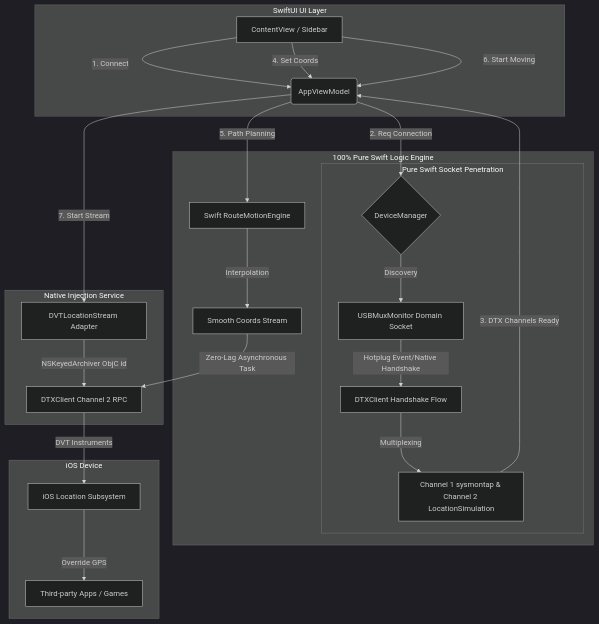
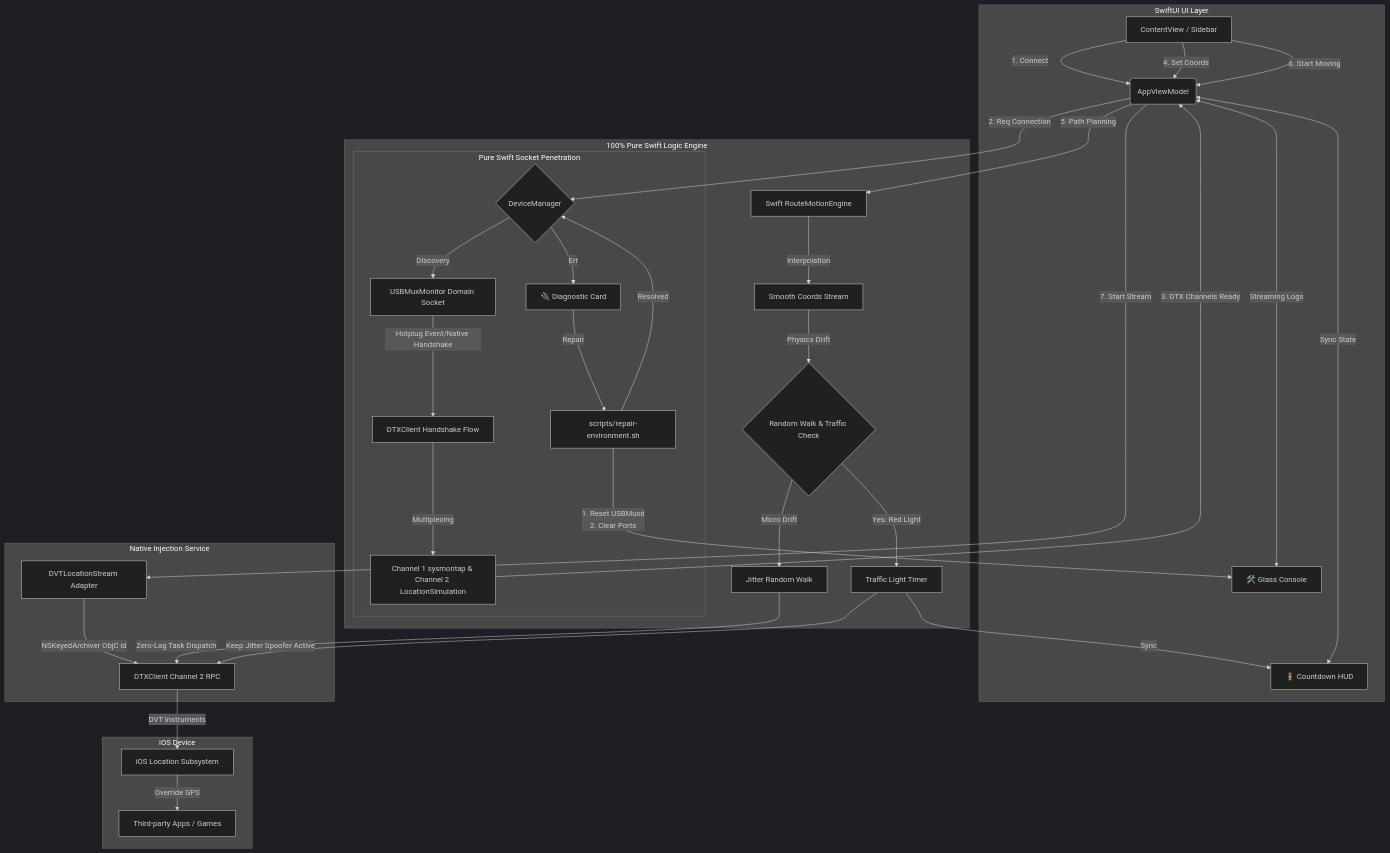
Before and after one commit to yusenhan/flyflyfly: the diagram in README.en.md, drawn with Mermaid (dark theme). The commit also changed other lines of this file and 1 other file, not shown here.

````diff
--- a/README.en.md
+++ b/README.en.md
@@ -48,33 +48,48 @@
 ```mermaid
 graph TD
     %% Roles
     subgraph UI_Layer [SwiftUI UI Layer]
         A[ContentView / Sidebar] -->|1. Connect| B(AppViewModel)
         A -->|4. Set Coords| B
         A -->|6. Start Moving| B
+        Z[🚦 Countdown HUD] <-->|Sync State| B
+        Y[🛠️ Glass Console] <-->|Streaming Logs| B
     end
 
     subgraph Logic_Layer [100% Pure Swift Logic Engine]
         B -->|2. Req Connection| C{DeviceManager}
         B -->|5. Path Planning| J[Swift RouteMotionEngine]
         J -->|Interpolation| K[Smooth Coords Stream]
         
+        %% Anti-Cheat
+        K -->|Physics Drift| P{Random Walk & Traffic Check}
+        P -->|Yes: Red Light| PA[Traffic Light Timer]
+        PA -->|Sync| Z
+        P -->|Micro Drift| PB[Jitter Random Walk]
+        
         subgraph Connection_Process [Pure Swift Socket Penetration]
             C -->|Discovery| D[USBMuxMonitor Domain Socket]
             D -->|Hotplug Event/Native Handshake| G[DTXClient Handshake Flow]
             G -->|Multiplexing| I[Channel 1 sysmontap & Channel 2 LocationSimulation]
+            
+            %% Auto Repair
+            C -->|Err| Q[🔌 Diagnostic Card]
+            Q -->|Repair| R[scripts/repair-environment.sh]
+            R -->|1. Reset USBMuxd<br>2. Clear Ports| Y
+            R -->|Resolved| C
         end
     end
 
     subgraph Native_Service [Native Injection Service]
         I -->|3. DTX Channels Ready| B
         B -->|7. Start Stream| L[DVTLocationStream Adapter]
         L -->|NSKeyedArchiver ObjC id| M[DTXClient Channel 2 RPC]
-        K -->|Zero-Lag Asynchronous Task| M
+        PB -->|Zero-Lag Task Dispatch| M
+        PA -->|Keep Jitter Spoofer Active| M
     end
 
     subgraph iOS_Device [iOS Device]
         M -->|DVT Instruments| N[iOS Location Subsystem]
         N -->|Override GPS| O[Third-party Apps / Games]
     end
 ```
````
